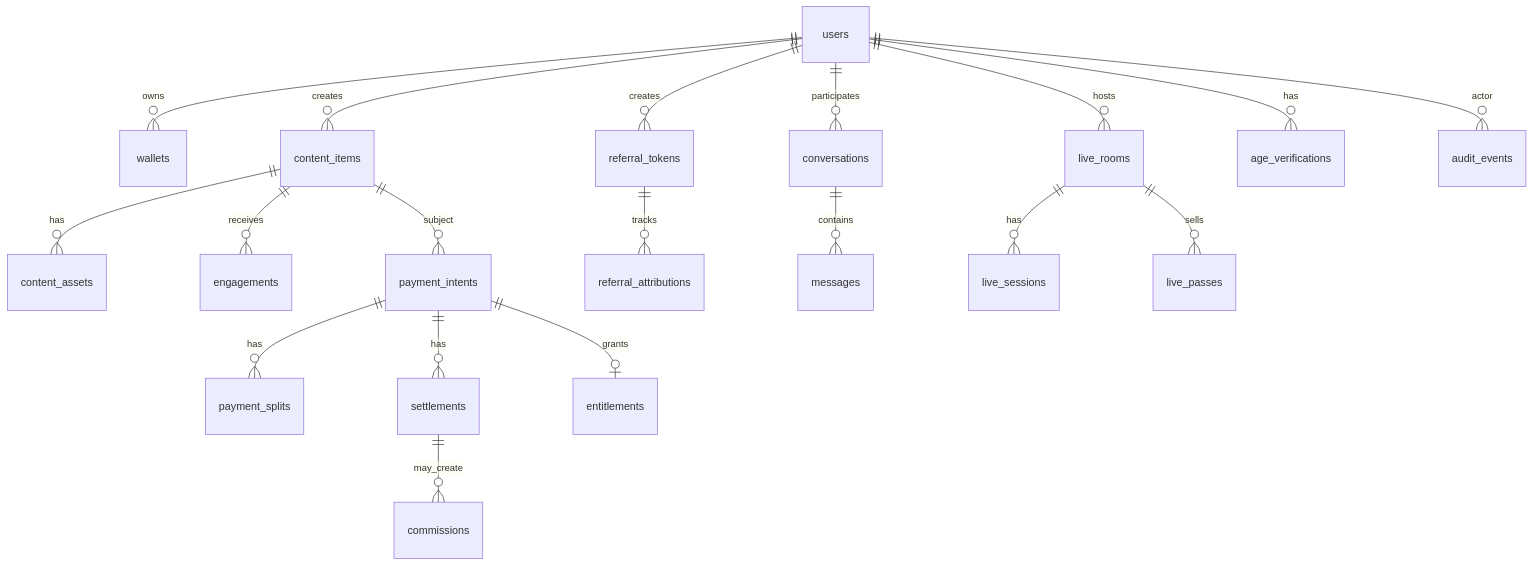
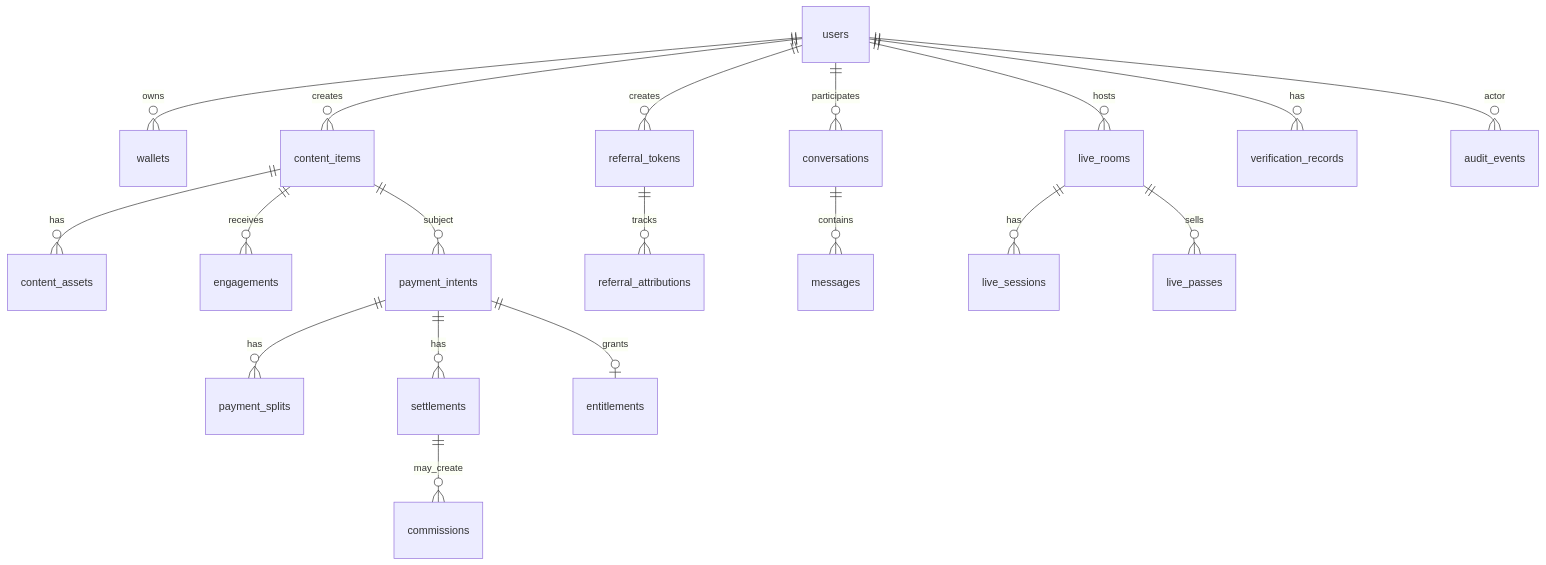
The diagram in docs/v2-new-build/data-model.md (mariospeterman/VEEL-v2), drawn with Mermaid before and after one commit. The commit also changed other lines of this file and 461 other files, not shown here.

````diff
--- a/docs/v2-new-build/data-model.md
+++ b/docs/v2-new-build/data-model.md
@@ -27,21 +27,21 @@
 ```mermaid
 erDiagram
   users ||--o{ wallets : owns
   users ||--o{ content_items : creates
   content_items ||--o{ content_assets : has
   content_items ||--o{ engagements : receives
   content_items ||--o{ payment_intents : subject
   payment_intents ||--o{ payment_splits : has
   payment_intents ||--o{ settlements : has
   payment_intents ||--o| entitlements : grants
   users ||--o{ referral_tokens : creates
   referral_tokens ||--o{ referral_attributions : tracks
   settlements ||--o{ commissions : may_create
   users ||--o{ conversations : participates
   conversations ||--o{ messages : contains
   users ||--o{ live_rooms : hosts
   live_rooms ||--o{ live_sessions : has
   live_rooms ||--o{ live_passes : sells
-  users ||--o{ age_verifications : has
+  users ||--o{ verification_records : has
   users ||--o{ audit_events : actor
 ```
````
